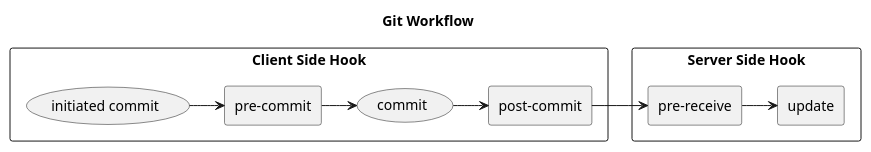
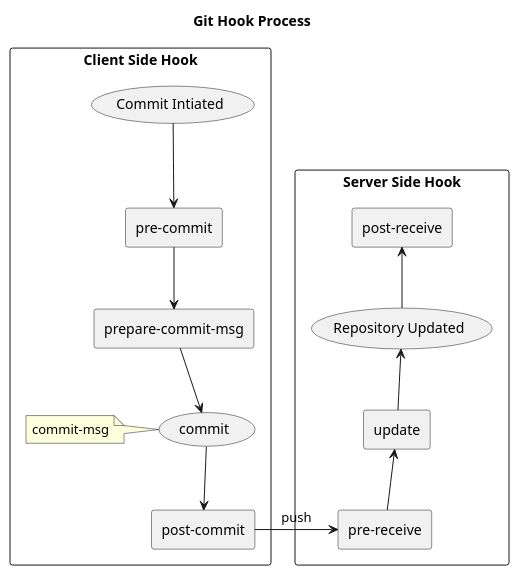
One commit to jiangcongtao/dev-2020-plantuml changed the diagram in 02-block-diagram.puml. Above: the diagram before and after it, drawn with PlantUML.

Commit message:
Change to a complete GIT hook process and customize skin

```diff
--- a/02-block-diagram.puml
+++ b/02-block-diagram.puml
@@ -1,28 +1,38 @@
 @startuml
 
-title Git Workflow
+'skinparam handwritten true
+skinparam shadowing false
+
+title Git Hook Process
 
 Rectangle "Client Side Hook" as csh {
-    (initiated commit) as icommit
+    (Commit Intiated) as icommit
     Rectangle "pre-commit" as precommit
+    Rectangle "prepare-commit-msg" as preparemsg
     (commit)
+    note left of commit: commit-msg
     Rectangle "post-commit" as postcommit
 }
 
  
 Rectangle "Server Side Hook" as ssh {
-    Rectangle "pre-receive" as prereceive
-    
+    Rectangle "pre-receive" as prereceive    
     Rectangle "update" as update
+
+    (Repository Updated) as repoupdate
+    Rectangle "post-receive" as postreceive
 } 
 
-icommit -> precommit
-precommit -> commit
+icommit -down-> precommit
+precommit -down-> preparemsg
+preparemsg -down-> commit
+commit -down-> postcommit
 
-commit -> postcommit
-postcommit -left-> prereceive
-prereceive -> update
+postcommit -left-> prereceive : push
 
+prereceive -up-> update
+update -up-> repoupdate
+repoupdate -up-> postreceive
 'csh .right. ssh
 
 @enduml
```
